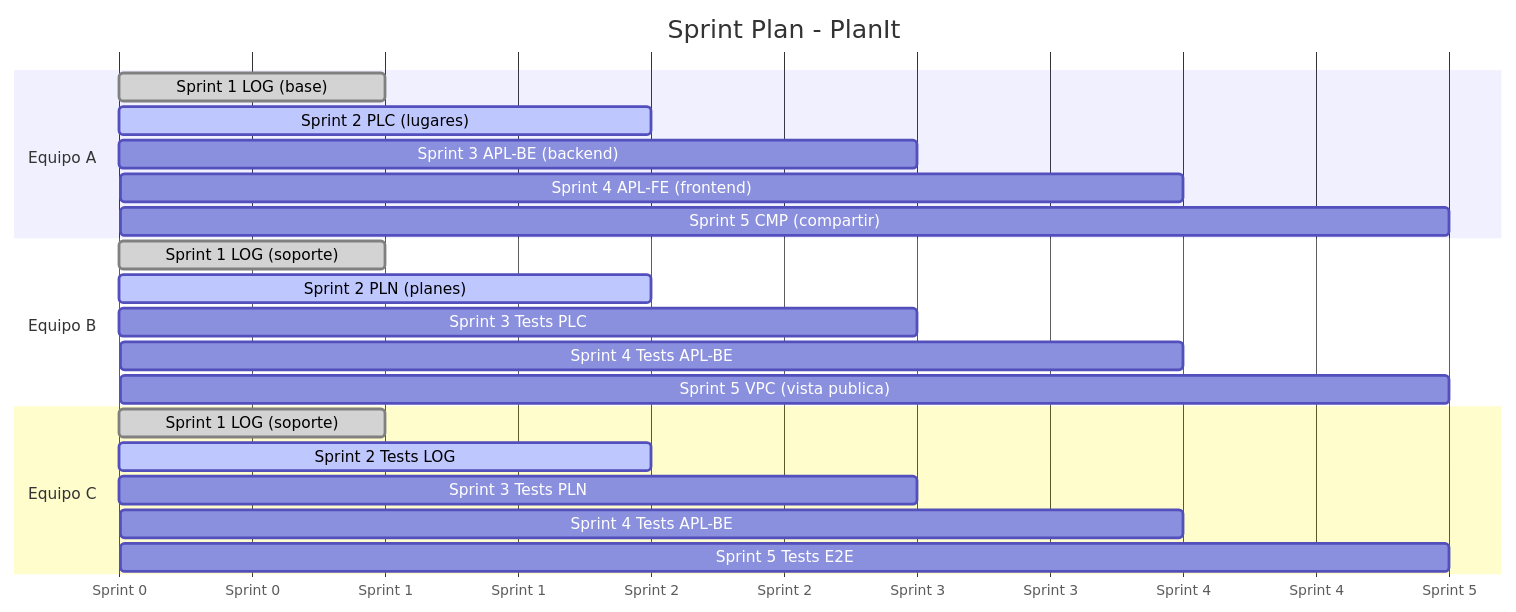
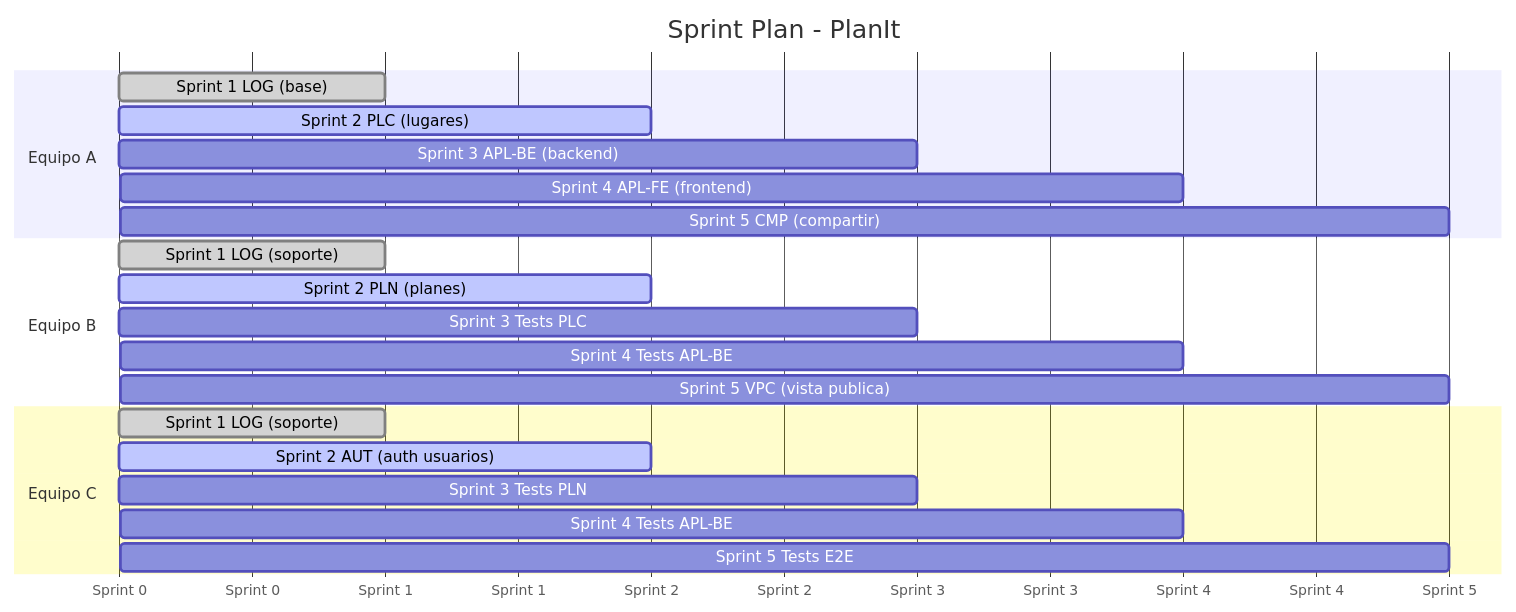
Before and after one commit to unlam-tdw/valhalla: the first of 2 diagrams in docs/sprint-planner.md, drawn with Mermaid. The commit also changed other lines of this file and 4 other files, not shown here.

Commit message:
docs(AUT): spec auth de usuarios (login /auth, registro, recovery) + integracion en docs

````diff
--- a/docs/sprint-planner.md
+++ b/docs/sprint-planner.md
@@ -5,27 +5,27 @@
 ```mermaid
 gantt
     title Sprint Plan - PlanIt
     dateFormat X
     axisFormat Sprint %s
 
     section Equipo A
     Sprint 1 LOG (base)        :done,    s1a, 0, 1
     Sprint 2 PLC (lugares)     :active,  s2a, 1, 2
     Sprint 3 APL-BE (backend)  :         s3a, 2, 3
     Sprint 4 APL-FE (frontend) :         s4a, 3, 4
     Sprint 5 CMP (compartir)   :         s5a, 4, 5
 
     section Equipo B
     Sprint 1 LOG (soporte)      :done,    s1b, 0, 1
     Sprint 2 PLN (planes)      :active,  s2b, 1, 2
     Sprint 3 Tests PLC         :         s3b, 2, 3
     Sprint 4 Tests APL-BE      :         s4b, 3, 4
     Sprint 5 VPC (vista publica) :        s5b, 4, 5
 
     section Equipo C
     Sprint 1 LOG (soporte)      :done,    s1c, 0, 1
-    Sprint 2 Tests LOG         :active,  s2c, 1, 2
-    Sprint 3 Tests PLN         :         s3c, 2, 3
-    Sprint 4 Tests APL-BE      :         s4c, 3, 4
-    Sprint 5 Tests E2E         :         s5c, 4, 5
+    Sprint 2 AUT (auth usuarios):active,  s2c, 1, 2
+    Sprint 3 Tests PLN          :         s3c, 2, 3
+    Sprint 4 Tests APL-BE       :         s4c, 3, 4
+    Sprint 5 Tests E2E          :         s5c, 4, 5
 ```
````
